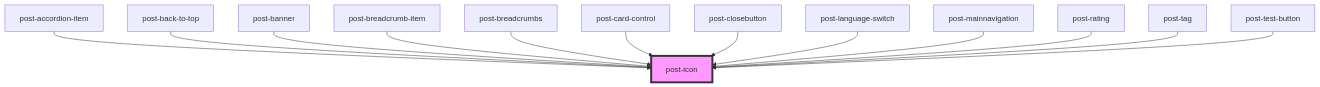
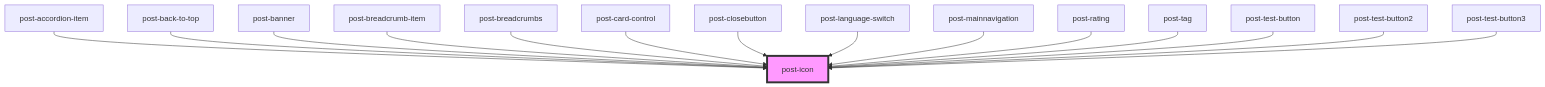
The diagram in packages/components/src/components/post-icon/readme.md (swisspost/design-system), drawn with Mermaid before and after one commit. The commit also changed other lines of this file and 25 other files, not shown here.

````diff
--- a/packages/components/src/components/post-icon/readme.md
+++ b/packages/components/src/components/post-icon/readme.md
@@ -39,16 +41,18 @@
 ```mermaid
 graph TD;
   post-accordion-item --> post-icon
   post-back-to-top --> post-icon
   post-banner --> post-icon
   post-breadcrumb-item --> post-icon
   post-breadcrumbs --> post-icon
   post-card-control --> post-icon
   post-closebutton --> post-icon
   post-language-switch --> post-icon
   post-mainnavigation --> post-icon
   post-rating --> post-icon
   post-tag --> post-icon
   post-test-button --> post-icon
+  post-test-button2 --> post-icon
+  post-test-button3 --> post-icon
   style post-icon fill:#f9f,stroke:#333,stroke-width:4px
 ```
````
